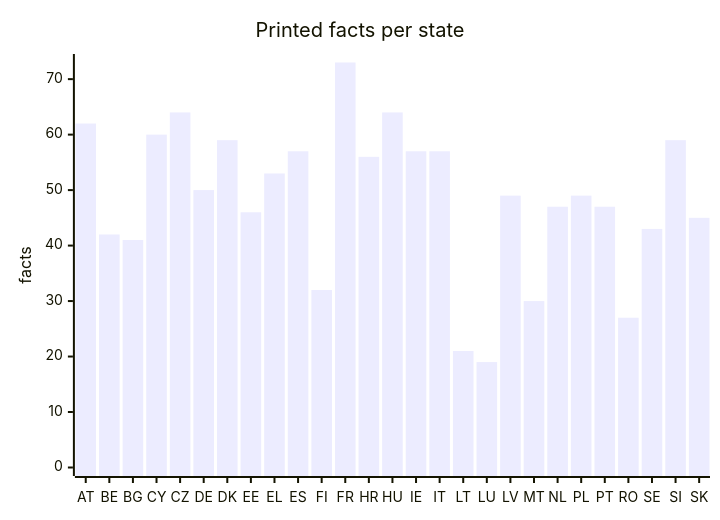
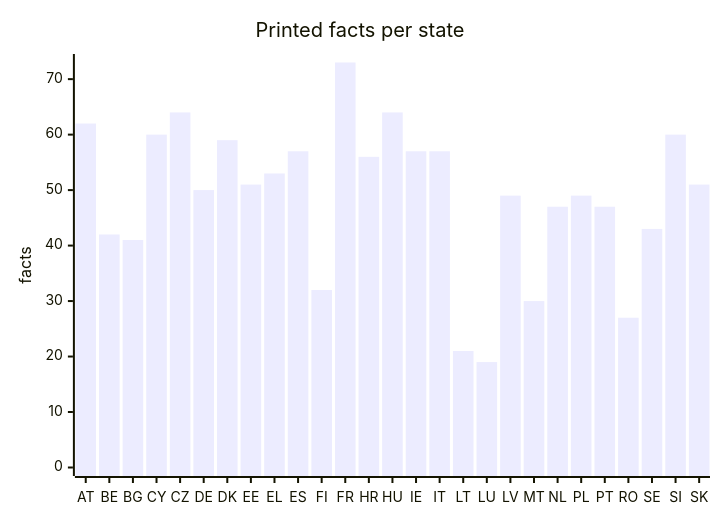
One commit to EU27-data-sovereignty/eu27-data-sovereignty changed the fourth of 5 diagrams in docs/evidence.md. Above: the diagram before and after it, drawn with Mermaid. The commit also changed other lines of this file and 100 other files, not shown here.

````diff
--- a/docs/evidence.md
+++ b/docs/evidence.md
@@ -85,7 +85,7 @@
 ```mermaid
 xychart-beta
   title "Printed facts per state"
   x-axis [AT, BE, BG, CY, CZ, DE, DK, EE, EL, ES, FI, FR, HR, HU, IE, IT, LT, LU, LV, MT, NL, PL, PT, RO, SE, SI, SK]
   y-axis "facts" 0 --> 73
-  bar [62, 42, 41, 60, 64, 50, 59, 46, 53, 57, 32, 73, 56, 64, 57, 57, 21, 19, 49, 30, 47, 49, 47, 27, 43, 59, 45]
+  bar [62, 42, 41, 60, 64, 50, 59, 51, 53, 57, 32, 73, 56, 64, 57, 57, 21, 19, 49, 30, 47, 49, 47, 27, 43, 60, 51]
 ```
````
